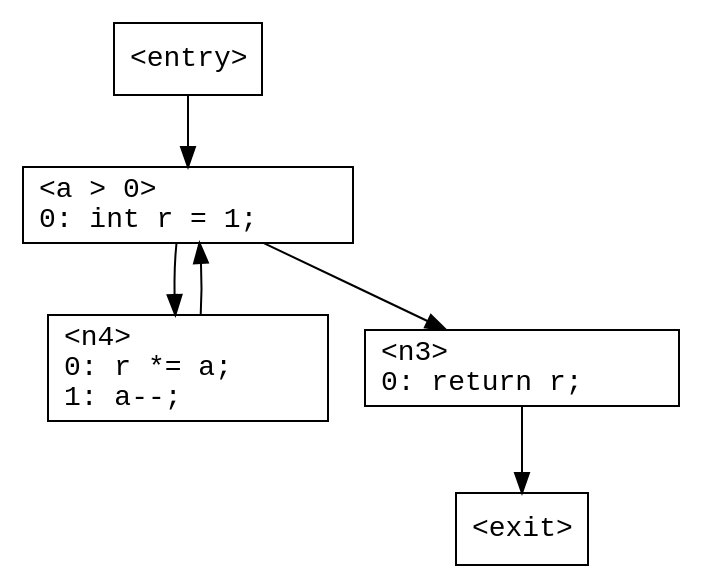
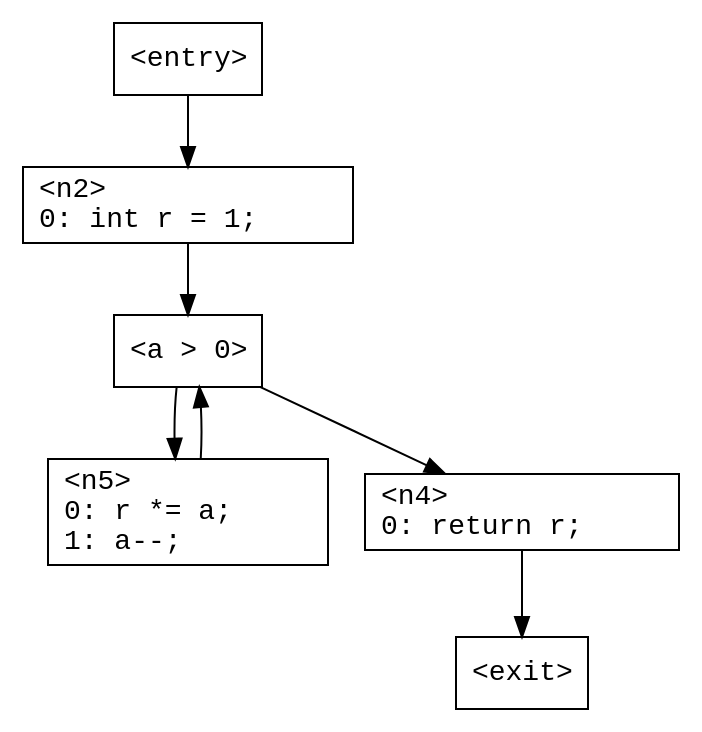
Before and after one commit to ashalkhakov/Tarp: the diagram in TarpTests/Cfg/Data/TestWhile.gv, drawn with Graphviz. The commit also changed 5 other files, not shown here.

```diff
--- a/TarpTests/Cfg/Data/TestWhile.gv
+++ b/TarpTests/Cfg/Data/TestWhile.gv
@@ -1,23 +1,27 @@
 digraph G
 {
     n0 [ shape = "box"
              fontname = "Monospace"
              label = "<entry>\l" ];
       n0 -> n2;
     n1 [ shape = "box"
              fontname = "Monospace"
              label = "<exit>\l" ];
     n2 [ shape = "box"
              fontname = "Monospace"
-             label = "<a > 0>\l0:	int r = 1;\l" ];
-      n2 -> n4;
+             label = "<n2>\l0:	int r = 1;\l" ];
       n2 -> n3;
     n3 [ shape = "box"
              fontname = "Monospace"
-             label = "<n3>\l0:	return r;\l" ];
-      n3 -> n1;
+             label = "<a > 0>\l" ];
+      n3 -> n5;
+      n3 -> n4;
     n4 [ shape = "box"
              fontname = "Monospace"
-             label = "<n4>\l0:	r *= a;\l1:	a--;\l" ];
-      n4 -> n2;
+             label = "<n4>\l0:	return r;\l" ];
+      n4 -> n1;
+    n5 [ shape = "box"
+             fontname = "Monospace"
+             label = "<n5>\l0:	r *= a;\l1:	a--;\l" ];
+      n5 -> n3;
 }
```
